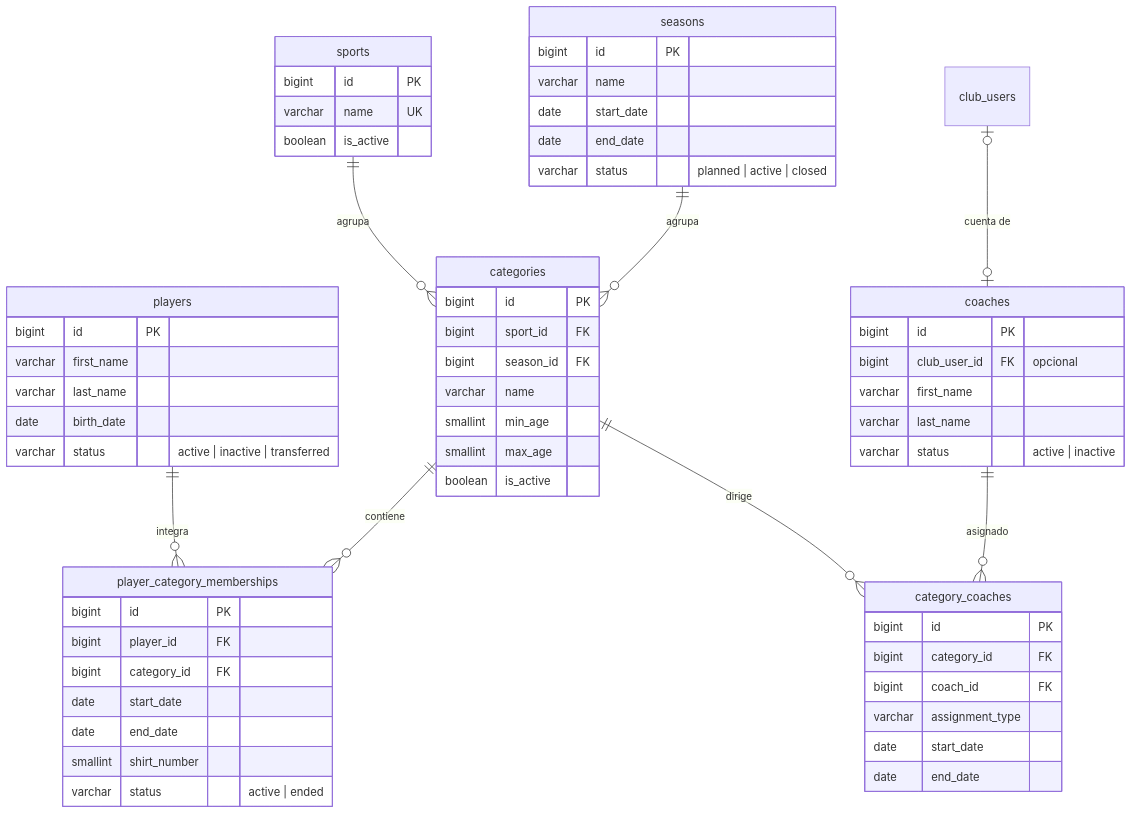
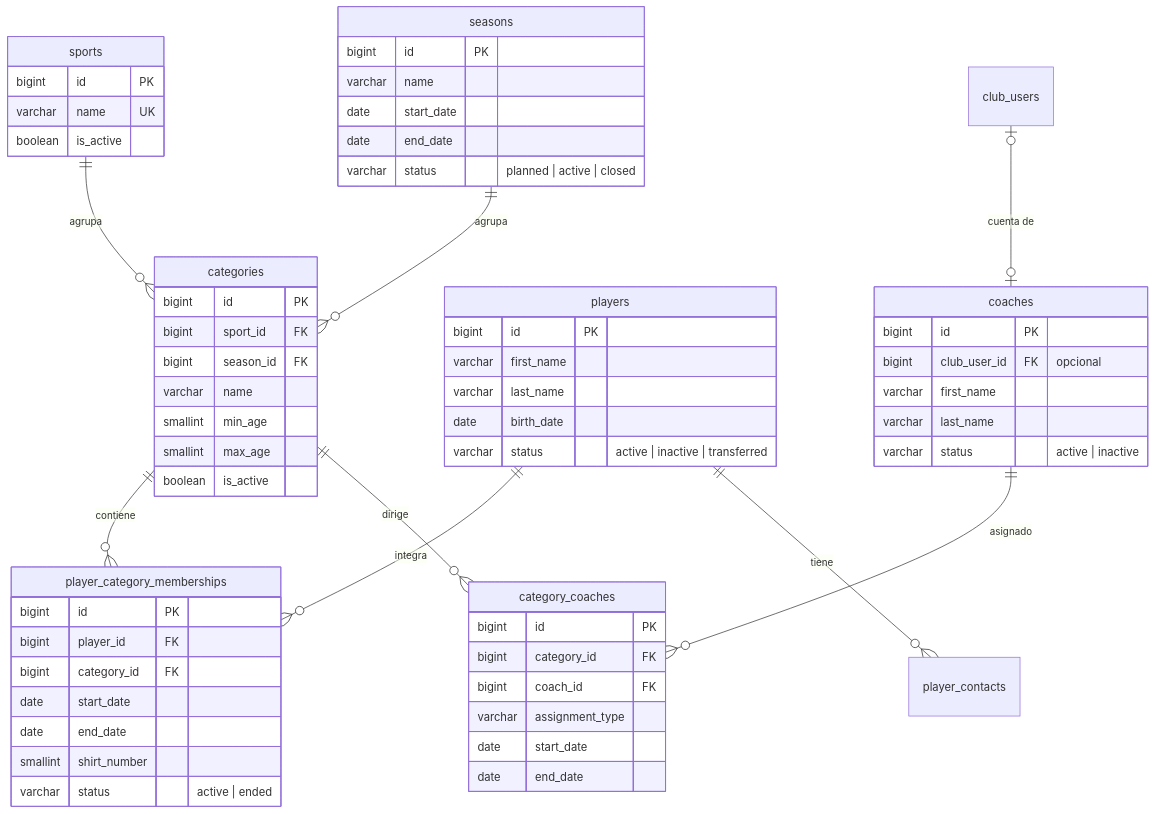
The diagram in docs/modelo-datos-club/02-deportes-y-planteles.md (finalproyectogrupo8-max/API_Sportiva), drawn with Mermaid before and after one commit. The commit also changed other lines of this file and 44 other files, not shown here.

````diff
--- a/docs/modelo-datos-club/02-deportes-y-planteles.md
+++ b/docs/modelo-datos-club/02-deportes-y-planteles.md
@@ -7,63 +7,64 @@
 ```mermaid
 erDiagram
     sports ||--o{ categories : agrupa
     seasons ||--o{ categories : agrupa
     players ||--o{ player_category_memberships : integra
+    players ||--o{ player_contacts : tiene
     categories ||--o{ player_category_memberships : contiene
     club_users |o--o| coaches : "cuenta de"
     categories ||--o{ category_coaches : dirige
     coaches ||--o{ category_coaches : asignado
 
     sports {
         bigint id PK
         varchar name UK
         boolean is_active
     }
     seasons {
         bigint id PK
         varchar name
         date start_date
         date end_date
         varchar status "planned | active | closed"
     }
     categories {
         bigint id PK
         bigint sport_id FK
         bigint season_id FK
         varchar name
         smallint min_age
         smallint max_age
         boolean is_active
     }
     players {
         bigint id PK
         varchar first_name
         varchar last_name
         date birth_date
         varchar status "active | inactive | transferred"
     }
     player_category_memberships {
         bigint id PK
         bigint player_id FK
         bigint category_id FK
         date start_date
         date end_date
         smallint shirt_number
         varchar status "active | ended"
     }
     coaches {
         bigint id PK
         bigint club_user_id FK "opcional"
         varchar first_name
         varchar last_name
         varchar status "active | inactive"
     }
     category_coaches {
         bigint id PK
         bigint category_id FK
         bigint coach_id FK
         varchar assignment_type
         date start_date
         date end_date
     }
 ```
````
